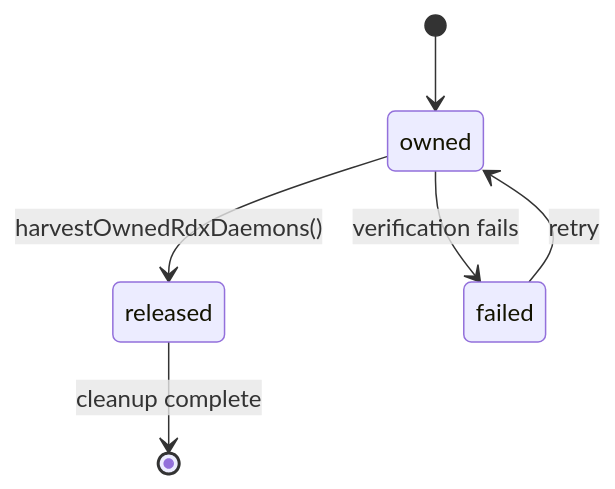
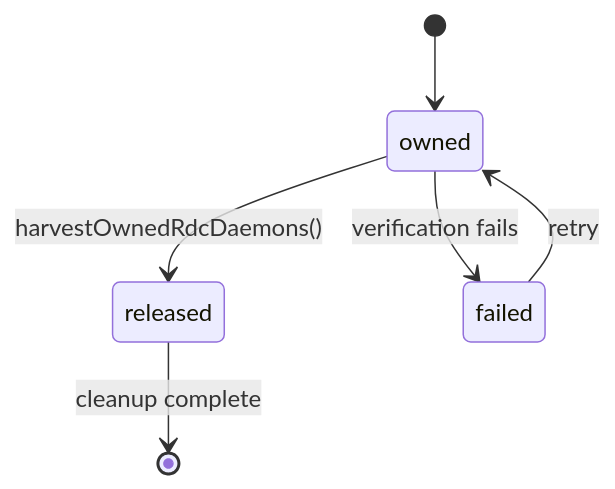
The fifth of 7 diagrams in .qoder/repowiki/zh/content/核心模块/会话管理系统/会话生命周期管理.md (haolange/RDC-Agent), drawn with Mermaid before and after one commit. The commit also changed other lines of this file and 557 other files, not shown here.

````diff
--- a/.qoder/repowiki/zh/content/核心模块/会话管理系统/会话生命周期管理.md
+++ b/.qoder/repowiki/zh/content/核心模块/会话管理系统/会话生命周期管理.md
@@ -258,8 +258,8 @@
 ```mermaid
 stateDiagram-v2
 [*] --> owned
-owned --> released : harvestOwnedRdxDaemons()
+owned --> released : harvestOwnedRdcDaemons()
 released --> [*] : cleanup complete
 owned --> failed : verification fails
 failed --> owned : retry
 ```
````
